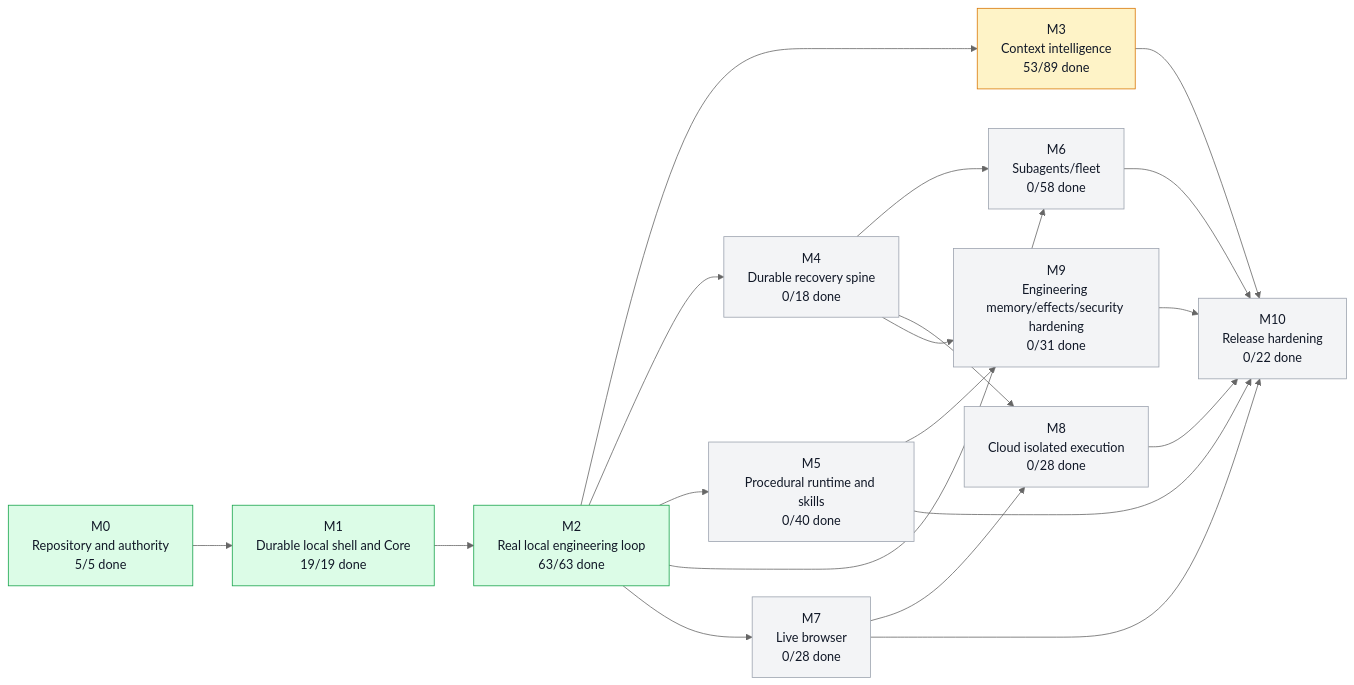
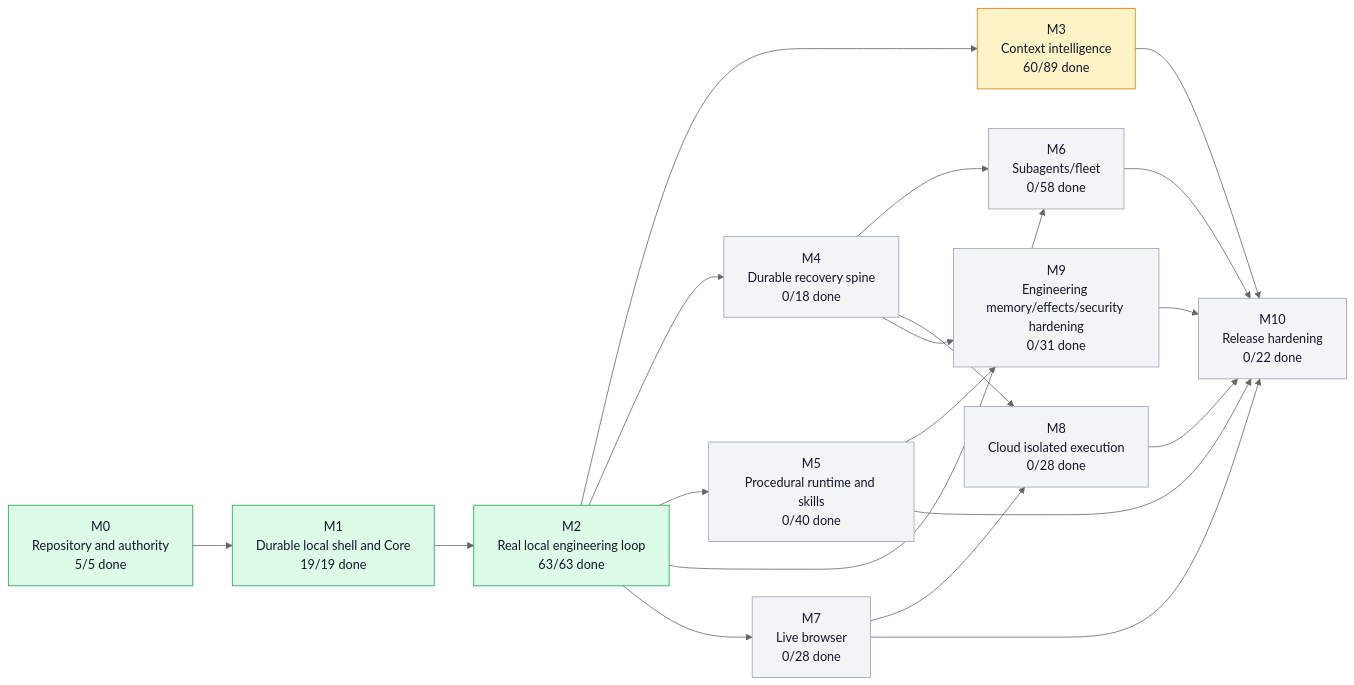
One commit to moss101/modbit changed the first of 5 diagrams in graph/PROJECT_GRAPH.md. Above: the diagram before and after it, drawn with Mermaid (neutral theme). The commit also changed other lines of this file and 24 other files, not shown here.

````diff
--- a/graph/PROJECT_GRAPH.md
+++ b/graph/PROJECT_GRAPH.md
@@ -57,43 +57,43 @@
 ```mermaid
 flowchart LR
   M0["M0<br/>Repository and authority<br/>5/5 done"]
   M1["M1<br/>Durable local shell and Core<br/>19/19 done"]
   M2["M2<br/>Real local engineering loop<br/>63/63 done"]
-  M3["M3<br/>Context intelligence<br/>53/89 done"]
+  M3["M3<br/>Context intelligence<br/>60/89 done"]
   M4["M4<br/>Durable recovery spine<br/>0/18 done"]
   M5["M5<br/>Procedural runtime and skills<br/>0/40 done"]
   M6["M6<br/>Subagents/fleet<br/>0/58 done"]
   M7["M7<br/>Live browser<br/>0/28 done"]
   M8["M8<br/>Cloud isolated execution<br/>0/28 done"]
   M9["M9<br/>Engineering memory/effects/security hardening<br/>0/31 done"]
   M10["M10<br/>Release hardening<br/>0/22 done"]
   M0 --> M1
   M1 --> M2
   M2 --> M3
   M2 --> M4
   M2 --> M5
   M2 --> M6
   M4 --> M6
   M2 --> M7
   M4 --> M8
   M7 --> M8
   M4 --> M9
   M5 --> M9
   M3 --> M10
   M5 --> M10
   M6 --> M10
   M7 --> M10
   M8 --> M10
   M9 --> M10
   style M0 fill:#dcfce7,stroke:#16a34a,color:#111827
   style M1 fill:#dcfce7,stroke:#16a34a,color:#111827
   style M2 fill:#dcfce7,stroke:#16a34a,color:#111827
   style M3 fill:#fef3c7,stroke:#d97706,color:#111827
   style M4 fill:#f3f4f6,stroke:#9ca3af,color:#111827
   style M5 fill:#f3f4f6,stroke:#9ca3af,color:#111827
   style M6 fill:#f3f4f6,stroke:#9ca3af,color:#111827
   style M7 fill:#f3f4f6,stroke:#9ca3af,color:#111827
   style M8 fill:#f3f4f6,stroke:#9ca3af,color:#111827
   style M9 fill:#f3f4f6,stroke:#9ca3af,color:#111827
   style M10 fill:#f3f4f6,stroke:#9ca3af,color:#111827
 ```
````
